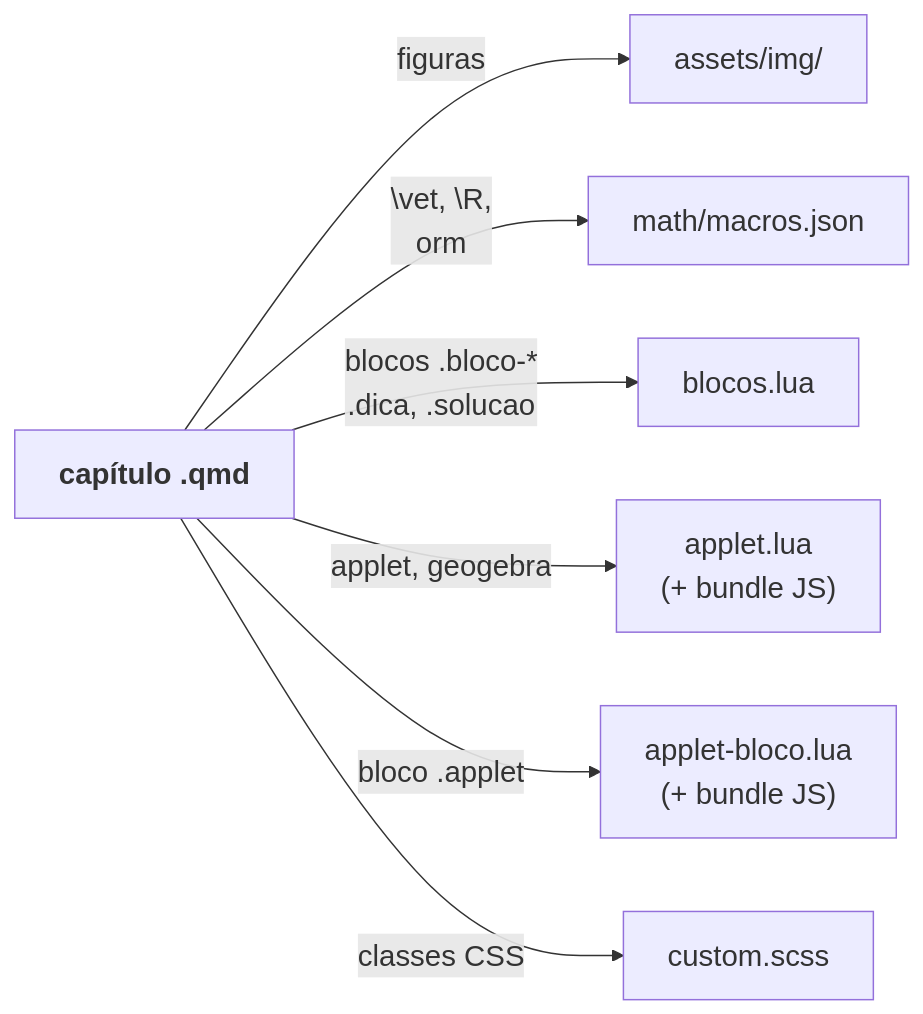
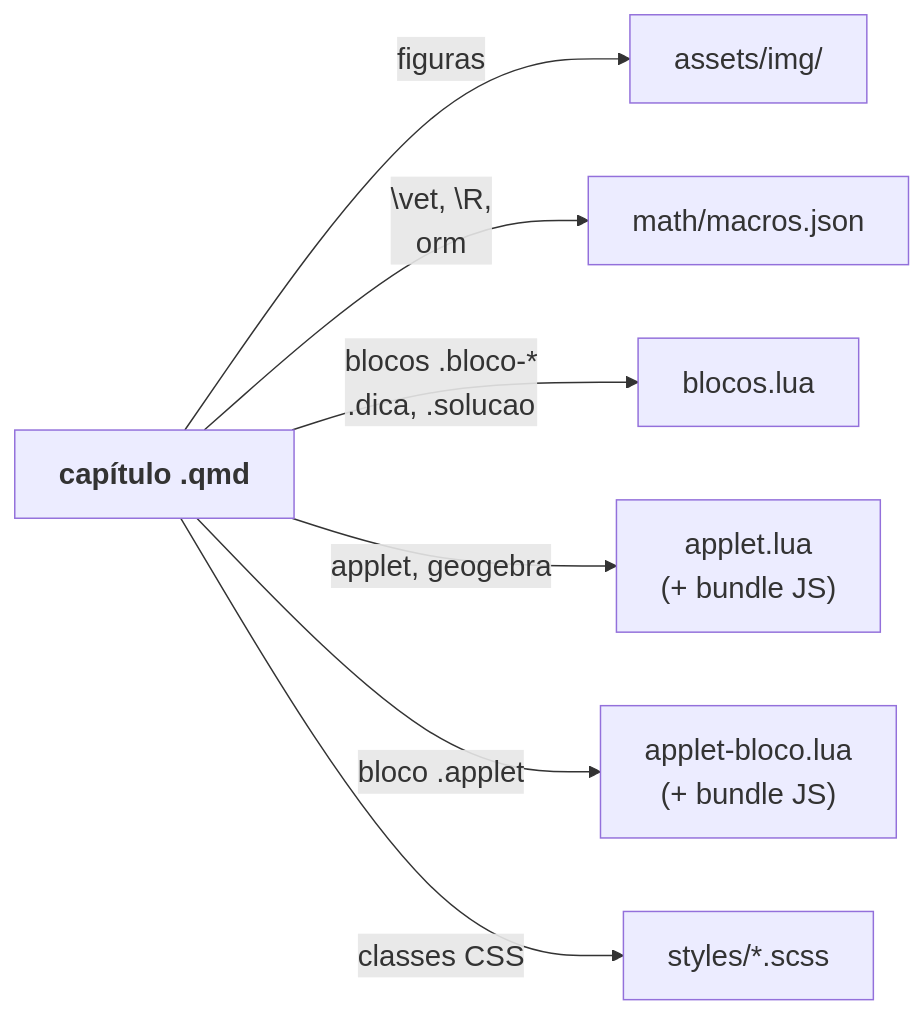
The third of 9 diagrams in _interno/diretrizes/arquitetura.md (lcmerlo/livro-online-fcg), drawn with Mermaid before and after one commit. The commit also changed other lines of this file and 6 other files, not shown here.

````diff
--- a/_interno/diretrizes/arquitetura.md
+++ b/_interno/diretrizes/arquitetura.md
@@ -280,11 +304,11 @@
 ```mermaid
 %%{init: {"themeVariables": {"fontSize": "20px"}, "flowchart": {"wrappingWidth": 420}}}%%
 flowchart LR
     cap["<b>capítulo .qmd</b>"]
     cap -->|"figuras"| img["assets/img/"]
     cap -->|"\vet, \R, \norm"| macros["math/macros.json"]
     cap -->|"blocos .bloco-*<br/>.dica, .solucao"| blocos["blocos.lua"]
     cap -->|"applet, geogebra"| appletlua["applet.lua<br/>(+ bundle JS)"]
     cap -->|"bloco .applet"| appletbloco["applet-bloco.lua<br/>(+ bundle JS)"]
-    cap -->|"classes CSS"| scss["custom.scss"]
+    cap -->|"classes CSS"| scss["styles/*.scss"]
 ```
````
